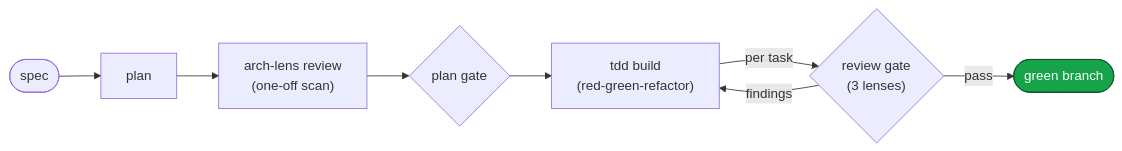
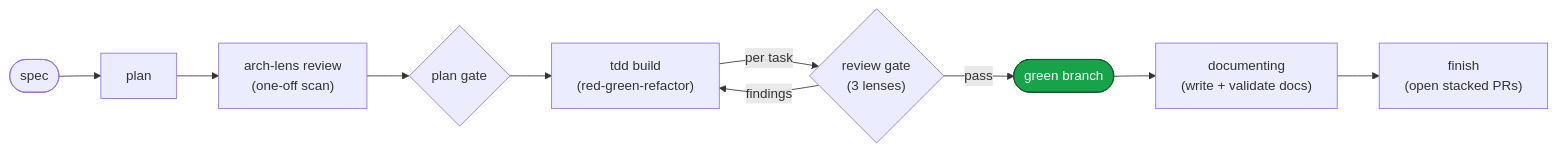
One commit to dashworthy/engineering changed the sixth of 6 diagrams in README.md. Above: the diagram before and after it, drawn with Mermaid. The commit also changed other lines of this file and 7 other files, not shown here.

Commit message:
feat(engineering): wire documenting between build and finish; bump 0.28.0 (#96)

````diff
--- a/README.md
+++ b/README.md
@@ -151,12 +154,14 @@
 ```mermaid
 flowchart LR
     classDef done fill:#16a34a,stroke:#14532d,color:#fff
 
     SPEC(["spec"]) --> P["plan"]
     P --> RV["arch-lens review<br/>(one-off scan)"]
     RV --> PG{"plan gate"}
     PG --> B["tdd build<br/>(red-green-refactor)"]
     B -->|"per task"| R{"review gate<br/>(3 lenses)"}
     R -->|"findings"| B
-    R -->|"pass"| DONE(["green branch"]):::done
+    R -->|"pass"| G(["green branch"]):::done
+    G --> DOC["documenting<br/>(write + validate docs)"]
+    DOC --> FIN["finish<br/>(open stacked PRs)"]
 ```
````
